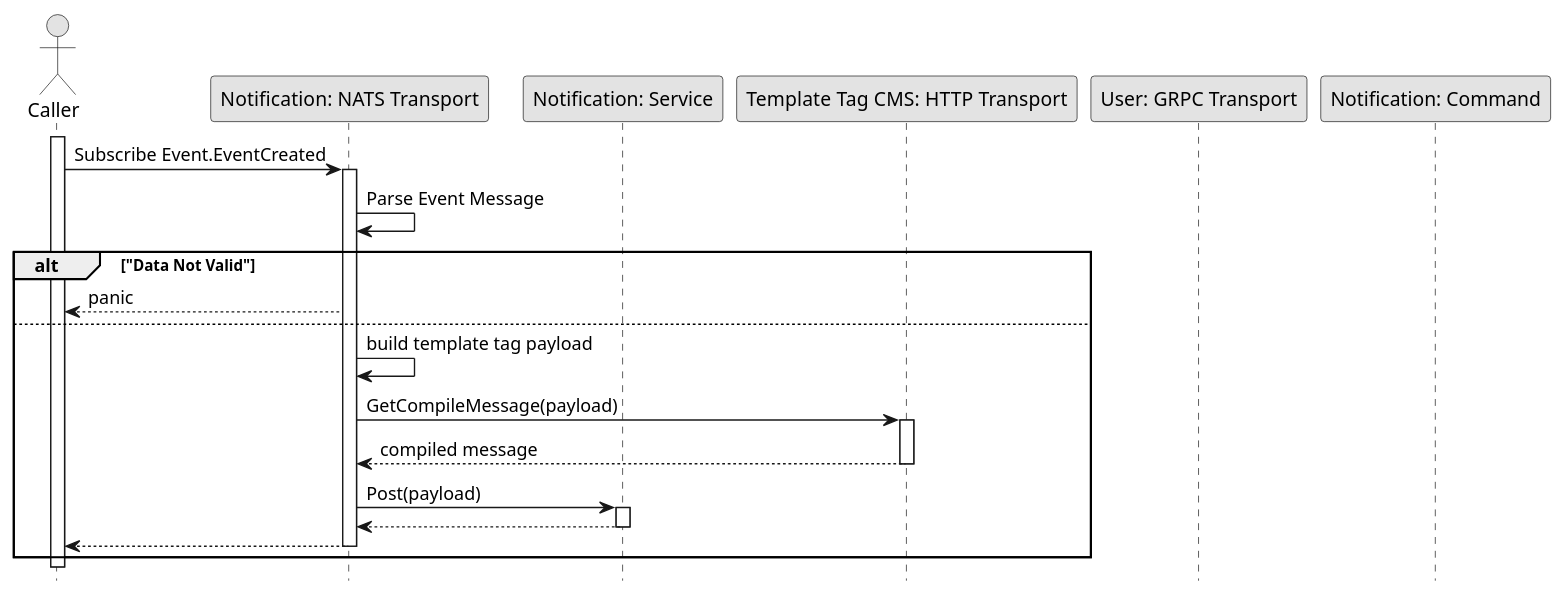
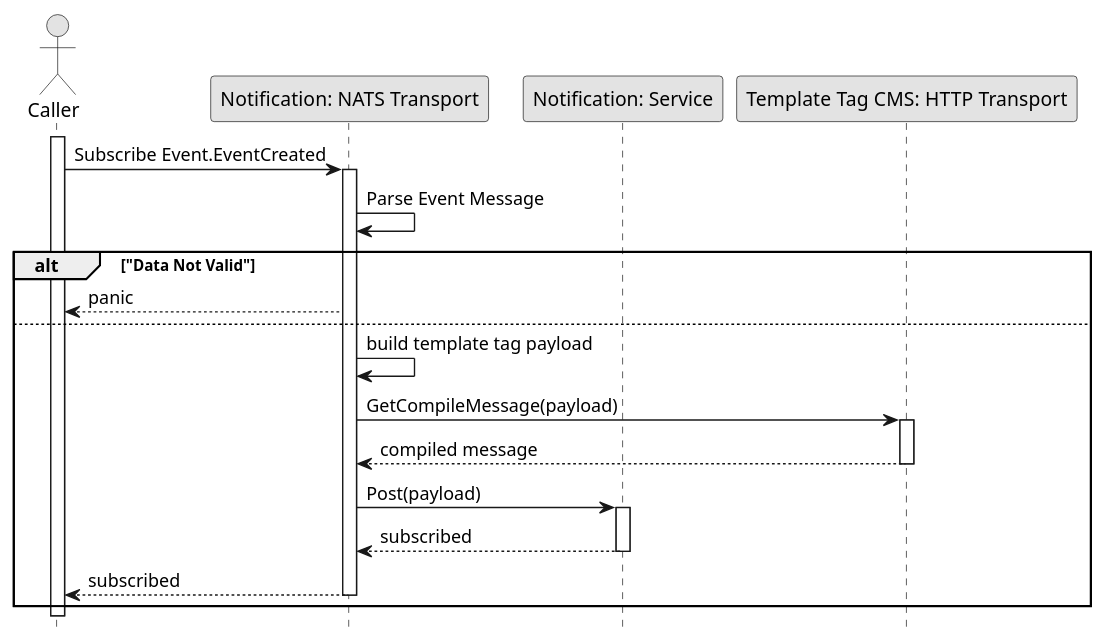
The diagram in Sequence/Release04/NOTIFICATION_SubscribeEventCreated.wsd (fwidjaya20/fazzlearning-uml), drawn with PlantUML before and after one commit. The commit also changed 13 other files, not shown here.

Commit message:
fix(sequence): adding return wording

```diff
--- a/Sequence/Release04/NOTIFICATION_SubscribeEventCreated.wsd
+++ b/Sequence/Release04/NOTIFICATION_SubscribeEventCreated.wsd
@@ -1,38 +1,36 @@
 @startuml NOTIFICATION_SubscribeEventCreated
 
 skinparam Monochrome true
 skinparam Shadowing false
 hide footbox
 
 actor "Caller" as Caller
 participant "Notification: NATS Transport" as NotificationNATSTransport
 participant "Notification: Service" as NotificationService
 participant "Template Tag CMS: HTTP Transport" as TTCMSHTTPTransport
-participant "User: GRPC Transport" as UserGRPCTransport
-participant "Notification: Command" as NotificationCommand
 
 activate Caller
 
 Caller->NotificationNATSTransport: Subscribe Event.EventCreated
 activate NotificationNATSTransport
 NotificationNATSTransport->NotificationNATSTransport: Parse Event Message
 
 alt "Data Not Valid"
     NotificationNATSTransport-->Caller: panic
 else
     NotificationNATSTransport->NotificationNATSTransport: build template tag payload
     NotificationNATSTransport->TTCMSHTTPTransport: GetCompileMessage(payload)
     activate TTCMSHTTPTransport
     TTCMSHTTPTransport-->NotificationNATSTransport: compiled message
     deactivate TTCMSHTTPTransport
     NotificationNATSTransport->NotificationService: Post(payload)
     activate NotificationService
-    NotificationService-->NotificationNATSTransport
+    NotificationService-->NotificationNATSTransport: subscribed
     deactivate NotificationService
-    NotificationNATSTransport-->Caller
+    NotificationNATSTransport-->Caller: subscribed
     deactivate NotificationNATSTransport
 end
 
 deactivate Caller
 
 @enduml
```
